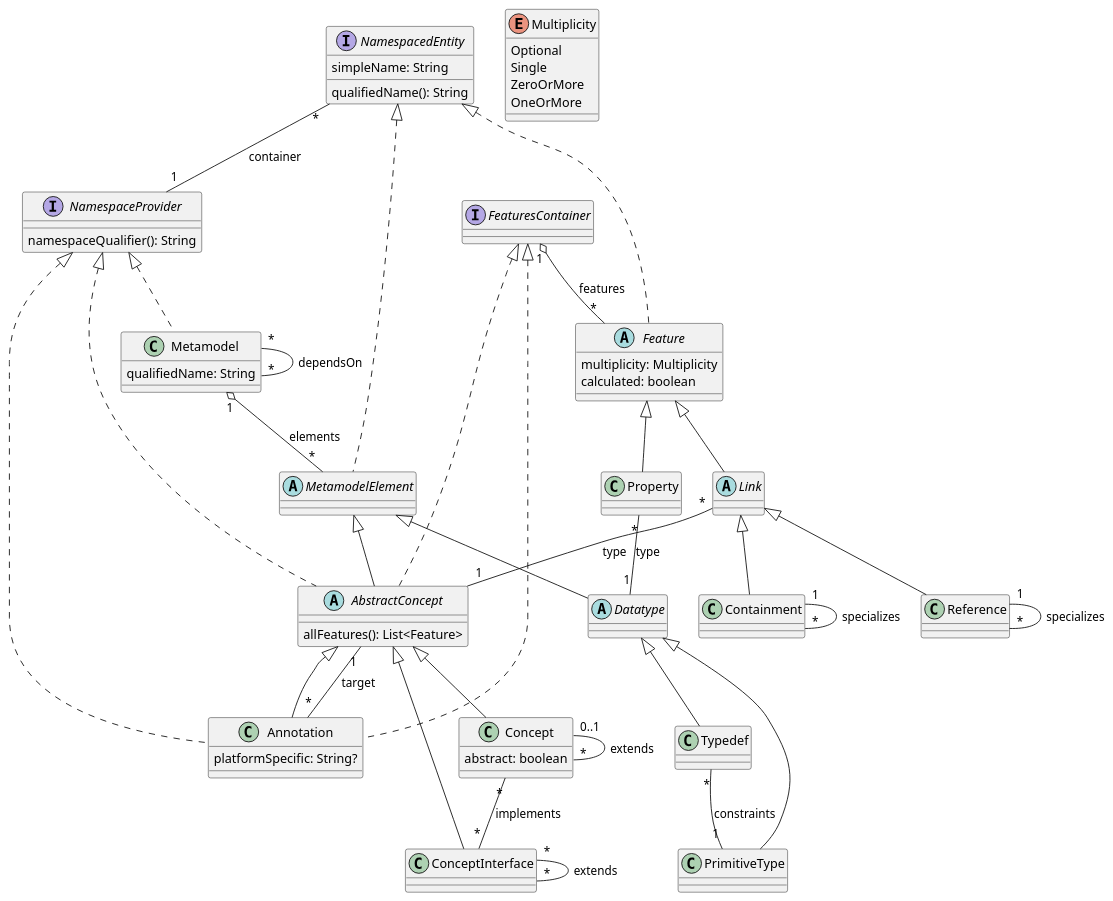
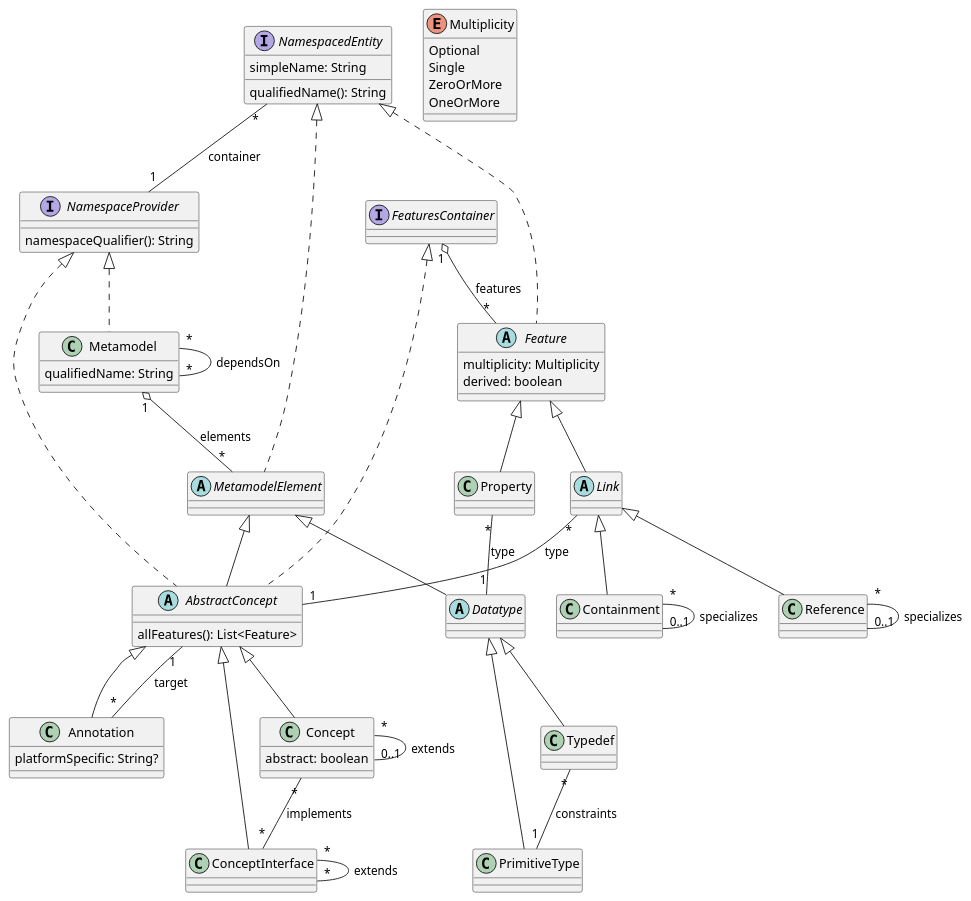
One commit to LionWeb-io/specification changed the diagram in lioncore/metametamodel.puml. Above: the diagram before and after it, drawn with PlantUML.

Commit message:
propagate changes proposed in issue #20

```diff
--- a/lioncore/metametamodel.puml
+++ b/lioncore/metametamodel.puml
@@ -1,89 +1,89 @@
 @startuml
 
 
 abstract class AbstractConcept extends MetamodelElement implements FeaturesContainer, NamespaceProvider {
   allFeatures(): List<Feature>
 }
 
-class Annotation extends AbstractConcept implements NamespaceProvider, FeaturesContainer {
+class Annotation extends AbstractConcept {
   platformSpecific: String?
 }
 
 class Concept extends AbstractConcept {
   abstract: boolean
 }
 
 class ConceptInterface extends AbstractConcept
 
 class Containment extends Link
 
 abstract class Datatype extends MetamodelElement
 
 abstract class Feature implements NamespacedEntity {
   multiplicity: Multiplicity
-  calculated: boolean
+  derived: boolean
 }
 
 interface FeaturesContainer
 
 abstract class Link extends Feature
 
 class Metamodel implements NamespaceProvider {
   qualifiedName: String
 }
 
 abstract class MetamodelElement implements NamespacedEntity
 
 enum Multiplicity {
   Optional
   Single
   ZeroOrMore
   OneOrMore
 }
 
 interface NamespaceProvider {
-   namespaceQualifier(): String
+  namespaceQualifier(): String
 }
 
 interface NamespacedEntity {
   simpleName: String
   qualifiedName(): String
 }
 
 class PrimitiveType extends Datatype
 
 class Property extends Feature
 
 class Reference extends Link
 
 class Typedef extends Datatype
 
 
-' relations
+' relations:
 
 Annotation "*" -- "1" AbstractConcept: target
 
-Concept "0..1" -- "*" Concept: extends
+Concept "*" -- "0..1" Concept: extends
 Concept "*" -- "*" ConceptInterface: implements
 
 ConceptInterface "*" -- "*" ConceptInterface: extends
 
-Containment "1" -- "*" Containment: specializes
+Containment "*" -- "0..1" Containment: specializes
 
 FeaturesContainer "1" o-- "*" Feature: features
 
 Link "*" -- "1" AbstractConcept: type
 
 Metamodel "1" o-- "*" MetamodelElement: elements
 Metamodel "*" -- "*" Metamodel: dependsOn
 
 NamespacedEntity "*" -- "1" NamespaceProvider: container
 
 Property "*" -- "1" Datatype: type
 
-Reference "1" -- "*" Reference: specializes
+Reference "*" -- "0..1" Reference: specializes
 
 Typedef "*" -- "1" PrimitiveType: constraints
 
 
 @enduml
```
